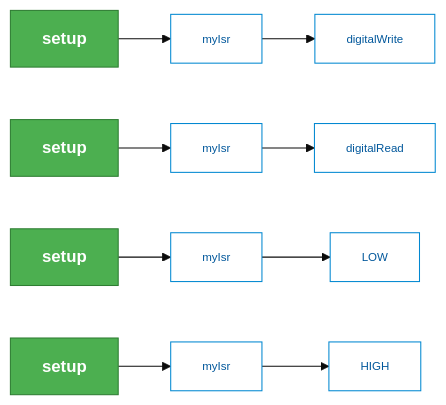
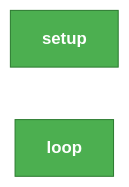
Before and after one commit to typecad/hal: the seventh of 8 diagrams in demo/src/out/sketch/diagnostics.md, drawn with Mermaid. The commit also changed other lines of this file and 101 other files, not shown here.

````diff
--- a/demo/src/out/sketch/diagnostics.md
+++ b/demo/src/out/sketch/diagnostics.md
@@ -288,26 +137,8 @@
 ```mermaid
 %%{init: { 'theme': 'base', 'themeVariables': { 'primaryColor': '#e1f5fe', 'edgeColor': '#0288d1' } } }%%
 flowchart LR
   classDef frame fill:#ffffff,stroke:#0288d1,color:#01579b,font-size:11px;
   classDef entry fill:#4caf50,stroke:#2e7d32,color:#fff,font-weight:bold;
   p0_n0[setup]:::entry
-  p0_n1[myIsr]:::frame
-  p0_n2[digitalWrite]:::frame
-  p0_n0 --> p0_n1
-  p0_n1 --> p0_n2
-  p1_n0[setup]:::entry
-  p1_n1[myIsr]:::frame
-  p1_n2[digitalRead]:::frame
-  p1_n0 --> p1_n1
-  p1_n1 --> p1_n2
-  p2_n0[setup]:::entry
-  p2_n1[myIsr]:::frame
-  p2_n2[LOW]:::frame
-  p2_n0 --> p2_n1
-  p2_n1 --> p2_n2
-  p3_n0[setup]:::entry
-  p3_n1[myIsr]:::frame
-  p3_n2[HIGH]:::frame
-  p3_n0 --> p3_n1
-  p3_n1 --> p3_n2
+  p1_n0[loop]:::entry
 ```
````
